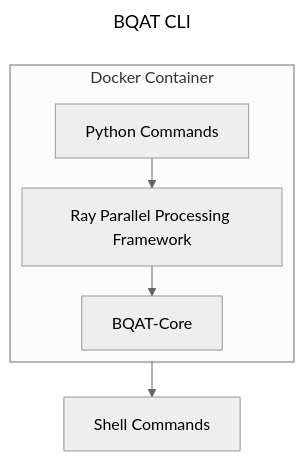
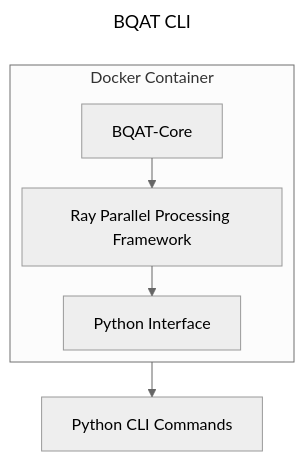
Before and after one commit to Biometix/biometix.github.io: the eighth of 11 diagrams in index/framework.md, drawn with Mermaid. The commit also changed other lines of this file and 2 other files, not shown here.

````diff
--- a/index/framework.md
+++ b/index/framework.md
@@ -196,14 +196,14 @@
 ``` mermaid
 ---
 title: BQAT CLI
 config:
   theme: neutral
   layout: elk
 ---
 flowchart TD
   subgraph s1["Docker Container"]
-    n0["Python Commands"] --> n1["Ray Parallel Processing Framework"]
-    n1 --> n2["BQAT-Core"]
+    n0["BQAT-Core"] --> n1["Ray Parallel Processing Framework"]
+    n1 --> n2["Python Interface"]
   end
-  s1 --> n3["Shell Commands"]
+  s1 --> n3["Python CLI Commands"]
 ```
````
